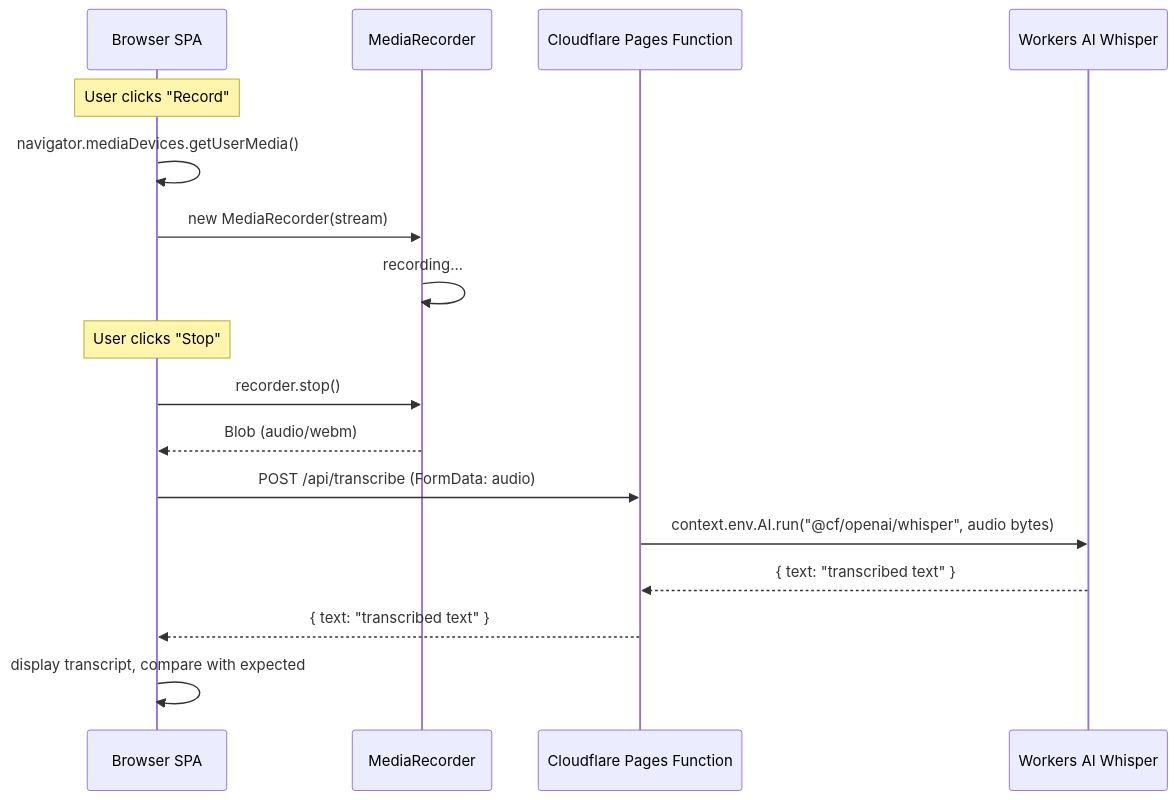
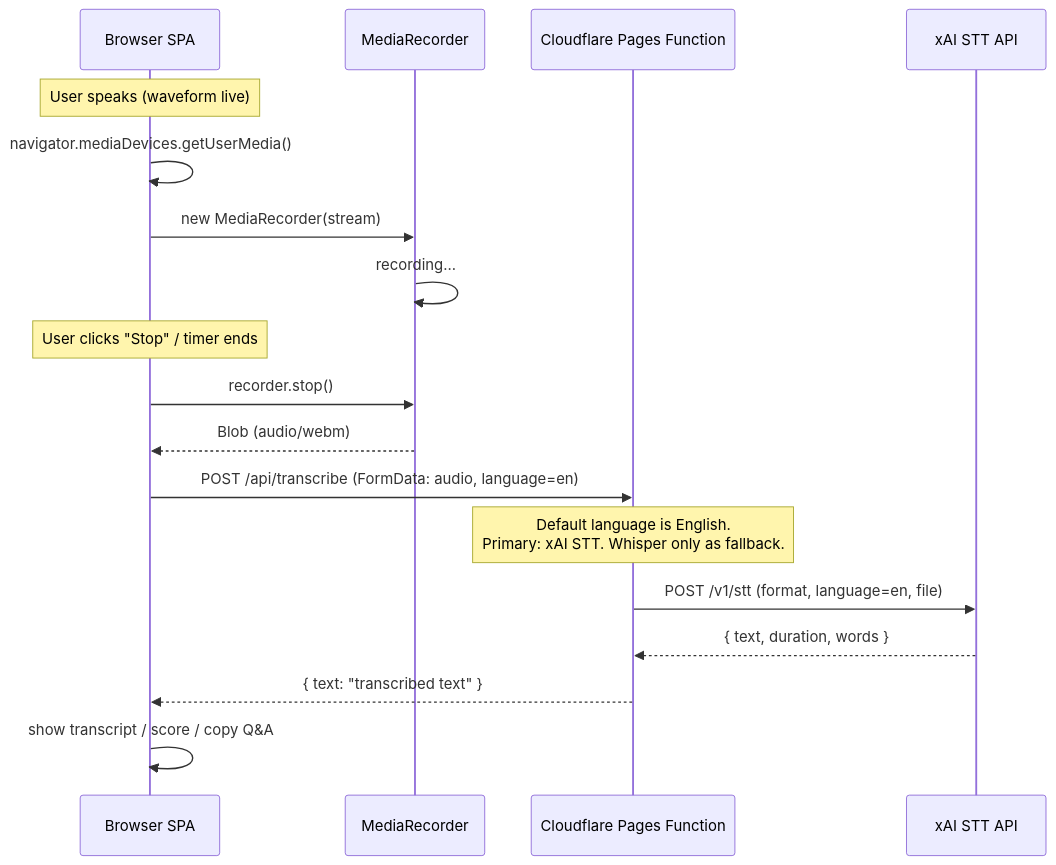
Before and after one commit to frinfo702/english-test-generator: the diagram in droid-wiki/systems/speech-recognition.md, drawn with Mermaid. The commit also changed other lines of this file and 67 other files, not shown here.

First line of the commit message:
add xai api (#8)

````diff
--- a/droid-wiki/systems/speech-recognition.md
+++ b/droid-wiki/systems/speech-recognition.md
@@ -7,20 +7,21 @@
 ```mermaid
 sequenceDiagram
     participant Browser as Browser SPA
     participant MR as MediaRecorder
     participant CF as Cloudflare Pages Function
-    participant WA as Workers AI Whisper
+    participant XAI as xAI STT API
 
-    Note over Browser: User clicks "Record"
+    Note over Browser: User speaks (waveform live)
     Browser->>Browser: navigator.mediaDevices.getUserMedia()
     Browser->>MR: new MediaRecorder(stream)
     MR->>MR: recording...
-    Note over Browser: User clicks "Stop"
+    Note over Browser: User clicks "Stop" / timer ends
     Browser->>MR: recorder.stop()
     MR-->>Browser: Blob (audio/webm)
-    Browser->>CF: POST /api/transcribe (FormData: audio)
-    CF->>WA: context.env.AI.run("@cf/openai/whisper", audio bytes)
-    WA-->>CF: { text: "transcribed text" }
+    Browser->>CF: POST /api/transcribe (FormData: audio, language=en)
+    Note over CF: Default language is English.<br/>Primary: xAI STT. Whisper only as fallback.
+    CF->>XAI: POST /v1/stt (format, language=en, file)
+    XAI-->>CF: { text, duration, words }
     CF-->>Browser: { text: "transcribed text" }
-    Browser->>Browser: display transcript, compare with expected
+    Browser->>Browser: show transcript / score / copy Q&A
 ```
````
